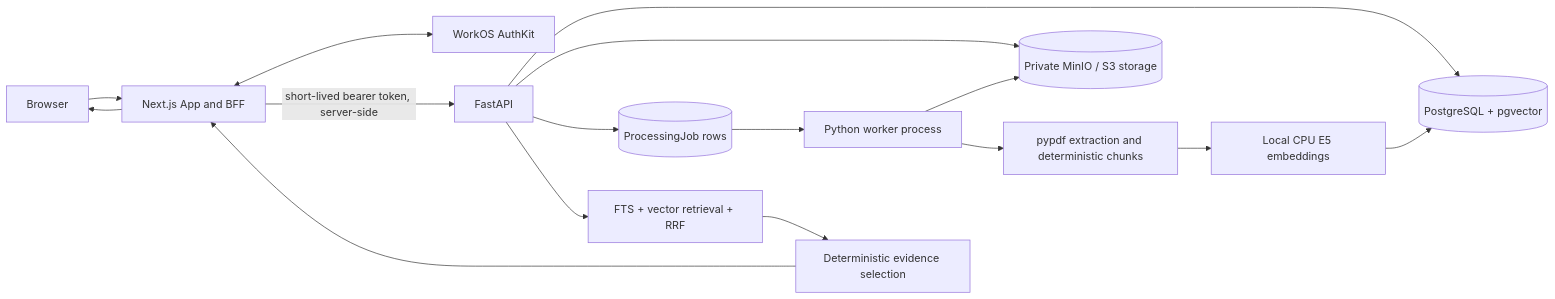
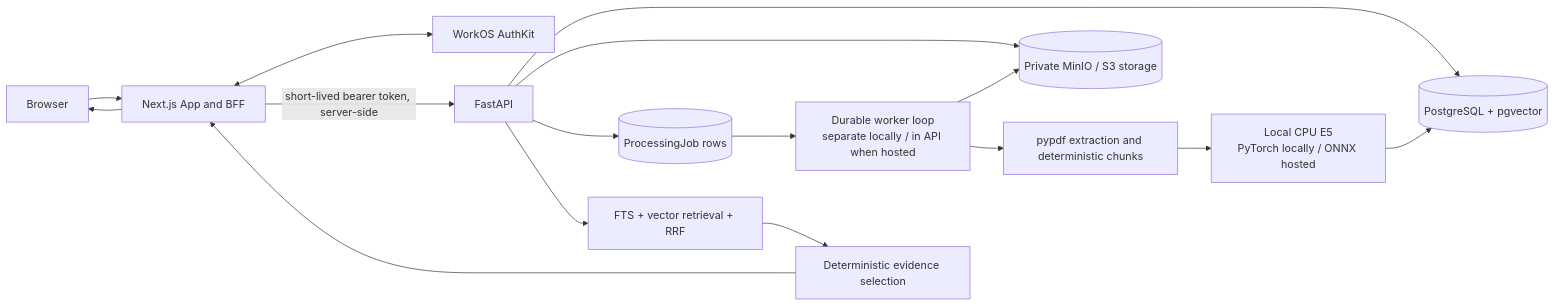
One commit to iangonsalves/knowflow changed the first of 7 diagrams in docs/KNOWFLOW_ENGINEERING_GUIDE.md. Above: the diagram before and after it, drawn with Mermaid. The commit also changed other lines of this file and 7 other files, not shown here.

````diff
--- a/docs/KNOWFLOW_ENGINEERING_GUIDE.md
+++ b/docs/KNOWFLOW_ENGINEERING_GUIDE.md
@@ -31,18 +31,18 @@
 ```mermaid
 flowchart LR
     B[Browser] --> W[Next.js App and BFF]
     W <--> O[WorkOS AuthKit]
     W -->|short-lived bearer token, server-side| A[FastAPI]
     A --> P[(PostgreSQL + pgvector)]
     A --> S[(Private MinIO / S3 storage)]
     A --> J[(ProcessingJob rows)]
-    J --> R[Python worker process]
+    J --> R[Durable worker loop<br/>separate locally / in API when hosted]
     R --> S
     R --> X[pypdf extraction and deterministic chunks]
-    X --> E[Local CPU E5 embeddings]
+    X --> E[Local CPU E5<br/>PyTorch locally / ONNX hosted]
     E --> P
     A --> H[FTS + vector retrieval + RRF]
     H --> Q[Deterministic evidence selection]
     Q --> W
     W --> B
 ```
````
